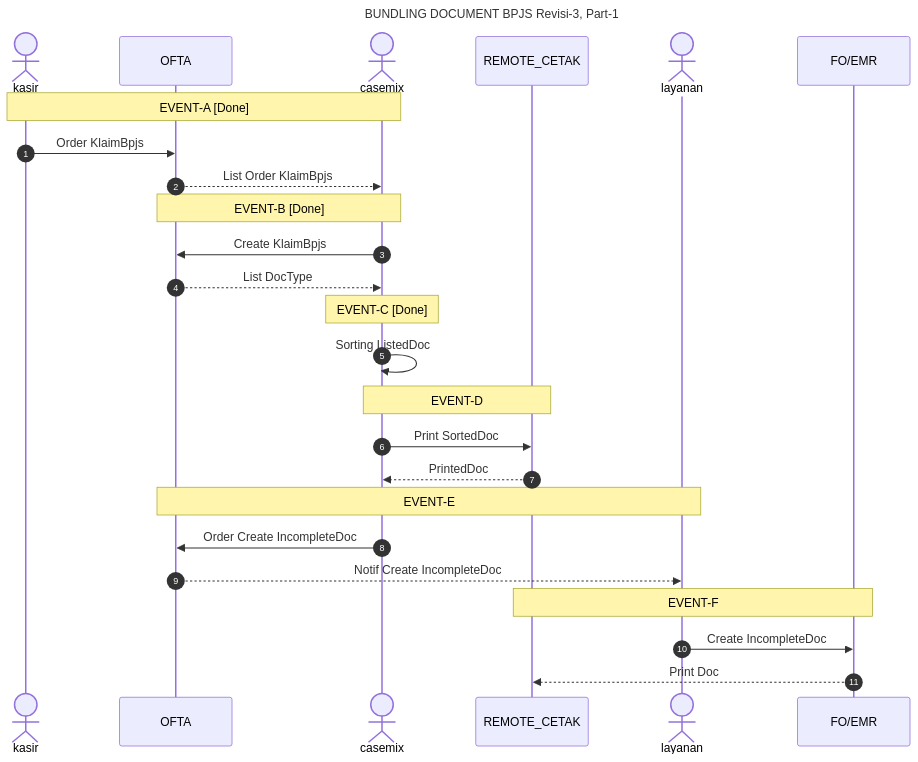
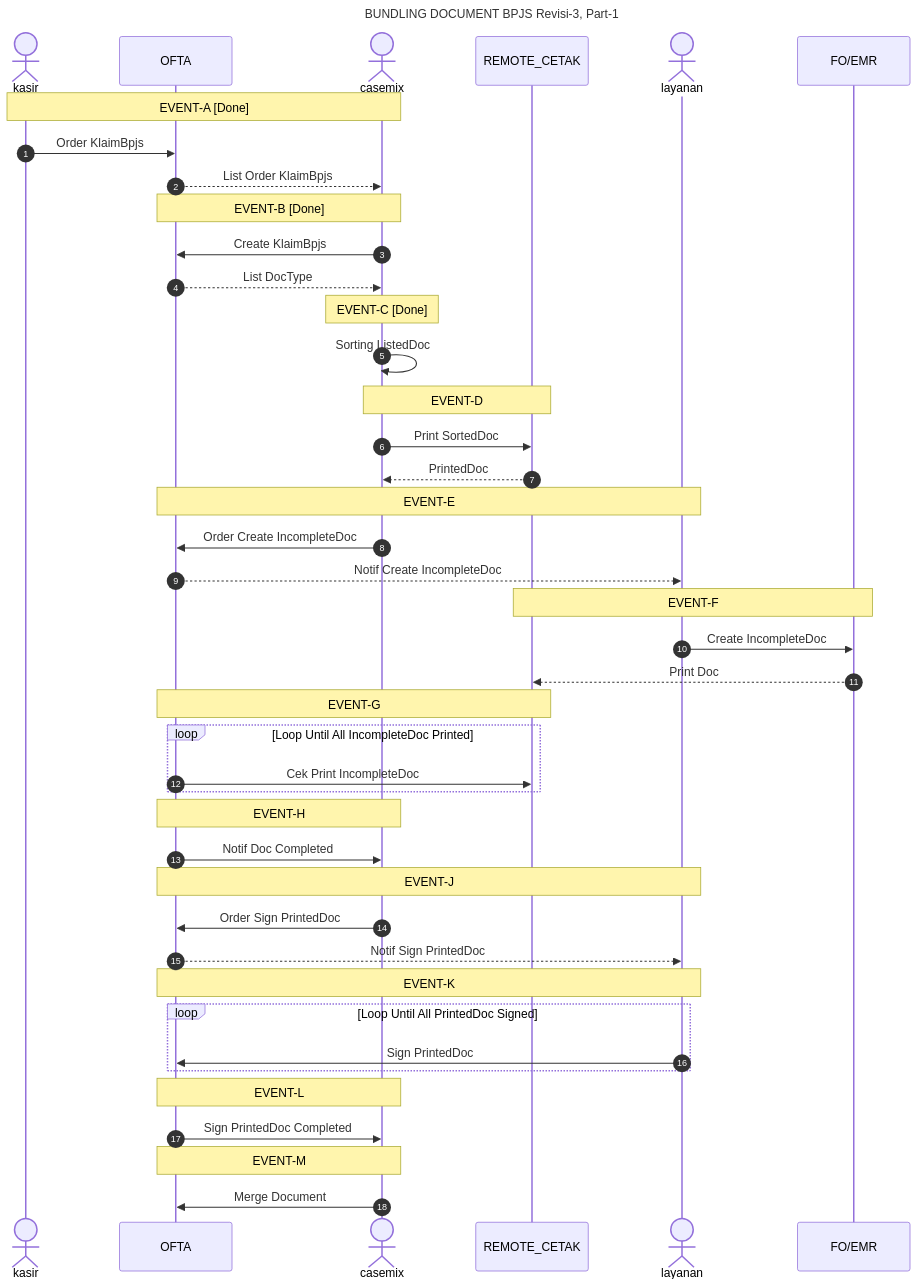
Before and after one commit to smart-ics/b005-ofta-api: the fourth of 4 diagrams in readme.md, drawn with Mermaid.

````diff
--- a/readme.md
+++ b/readme.md
@@ -108,34 +108,58 @@
 ```mermaid
 sequenceDiagram
     title BUNDLING DOCUMENT BPJS Revisi-3, Part-1
     actor kasir
     participant OFTA
     actor casemix
     participant REMOTE_CETAK
     actor layanan
     participant FO/EMR
     autonumber 1
 
     note over kasir, casemix: EVENT-A [Done]
     kasir ->> OFTA: Order KlaimBpjs 
     OFTA -->> casemix: List Order KlaimBpjs 
 
     note over OFTA, casemix: EVENT-B [Done]
     casemix ->> OFTA: Create KlaimBpjs
     OFTA -->> casemix: List DocType
 
     note over casemix: EVENT-C [Done]
     casemix ->> casemix: Sorting ListedDoc
     
     note over casemix, REMOTE_CETAK: EVENT-D
     casemix ->> REMOTE_CETAK: Print SortedDoc
     REMOTE_CETAK -->> casemix : PrintedDoc
 
     note over OFTA, layanan: EVENT-E
     casemix ->> OFTA: Order Create IncompleteDoc 
     OFTA -->> layanan: Notif Create IncompleteDoc
     
     note over REMOTE_CETAK, FO/EMR: EVENT-F
     layanan ->> FO/EMR : Create IncompleteDoc
     FO/EMR -->> REMOTE_CETAK: Print Doc
+
+    note over OFTA, REMOTE_CETAK: EVENT-G
+    loop Loop Until All IncompleteDoc Printed
+        OFTA ->> REMOTE_CETAK : Cek Print IncompleteDoc
+    end
+    
+    note over OFTA, casemix: EVENT-H
+    OFTA ->> casemix : Notif Doc Completed
+
+    note over OFTA, layanan: EVENT-J
+    casemix ->> OFTA: Order Sign PrintedDoc
+    OFTA -->> layanan: Notif Sign PrintedDoc
+
+
+    note over OFTA, layanan: EVENT-K
+    loop Loop Until All PrintedDoc Signed
+        layanan ->> OFTA: Sign PrintedDoc
+    end
+
+    note over OFTA, casemix: EVENT-L
+    OFTA ->> casemix: Sign PrintedDoc Completed
+
+    note over OFTA, casemix: EVENT-M
+    casemix ->> OFTA: Merge Document
 ```
````
